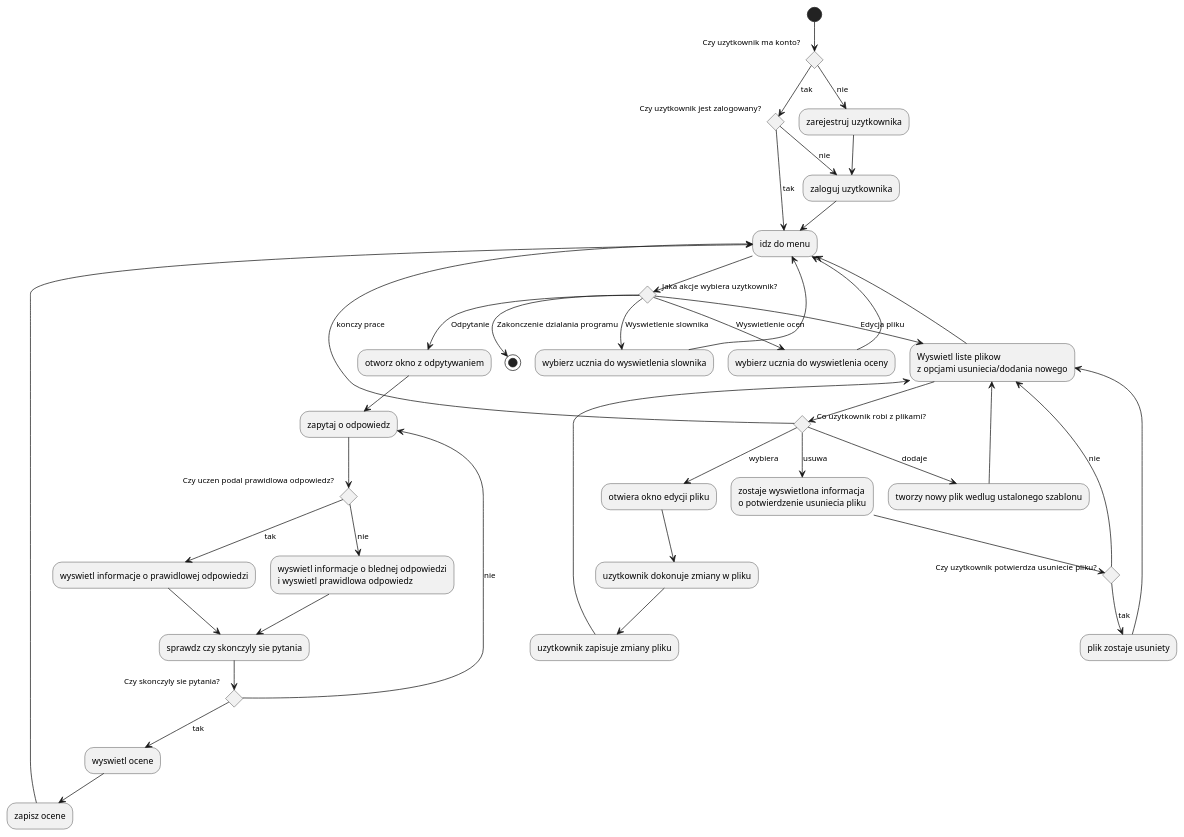
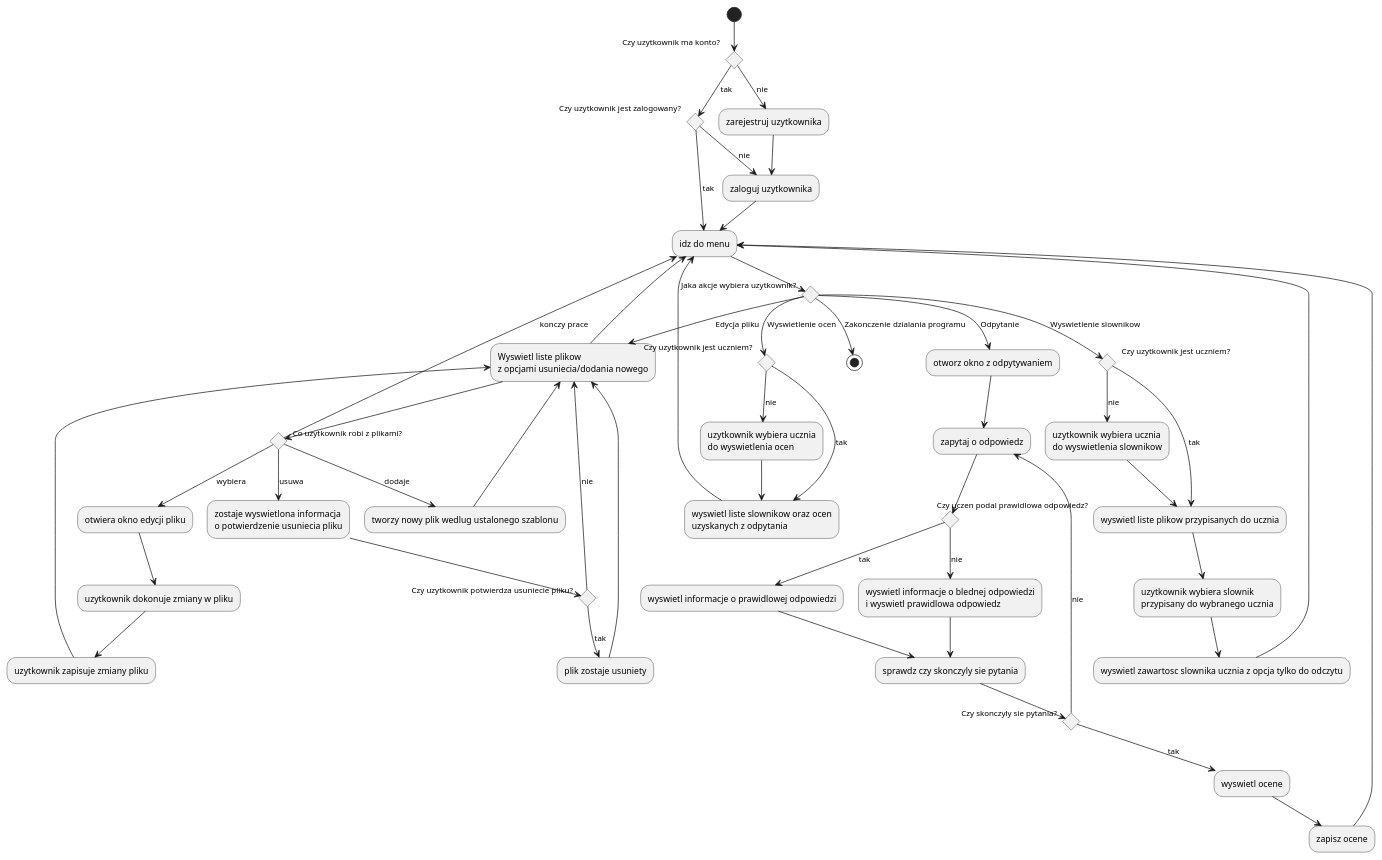
Before and after one commit to KrzychuK121/UMLZaliczeniProjekt: the diagram in diagramAktywnosci.plantuml, drawn with PlantUML.

Commit message:
Dokończenie operacji wyświetlania słowników oraz ocen. Skończony diagram aktywności

```diff
--- a/diagramAktywnosci.plantuml
+++ b/diagramAktywnosci.plantuml
@@ -1,64 +1,75 @@
 @startuml
 
 (*) --> if "Czy uzytkownik ma konto?" then 
         --> [tak] if "Czy uzytkownik jest zalogowany?" then
             --> [tak] "idz do menu"
         else
             --> [nie] "zaloguj uzytkownika"
         endif
     else 
         --> [nie] "zarejestruj uzytkownika"
         --> "zaloguj uzytkownika"
         --> "idz do menu"
     endif 
     "idz do menu" --> if "Jaka akcje wybiera uzytkownik?"
         --> [Odpytanie] "otworz okno z odpytywaniem"
         --> "zapytaj o odpowiedz"
         --> if "Czy uczen podal prawidlowa odpowiedz?" then
             --> [tak] "wyswietl informacje o prawidlowej odpowiedzi"
             --> "sprawdz czy skonczyly sie pytania"
         else
             --> [nie] "wyswietl informacje o blednej odpowiedzi\ni wyswietl prawidlowa odpowiedz"
             --> "sprawdz czy skonczyly sie pytania"
         endif
         --> if "Czy skonczyly sie pytania?" then
             --> [tak] "wyswietl ocene"
             -->  "zapisz ocene"
             --> "idz do menu"
         else
             --> [nie] "zapytaj o odpowiedz"
         endif
-
     else 
         --> [Edycja pliku] "Wyswietl liste plikow\nz opcjami usuniecia/dodania nowego" as wyswietlListePlikow
         --> if "Co uzytkownik robi z plikami?" then
             --> [konczy prace] "idz do menu"
         else
             --> [usuwa] "zostaje wyswietlona informacja\no potwierdzenie usuniecia pliku"
             --> if "Czy uzytkownik potwierdza usuniecie pliku?" then
                 --> [tak] "plik zostaje usuniety"
                 --> wyswietlListePlikow
             else
                 --> [nie] wyswietlListePlikow
             endif
         else
             --> [dodaje] "tworzy nowy plik wedlug ustalonego szablonu"
             --> wyswietlListePlikow
         else
             --> [wybiera] "otwiera okno edycji pliku"
             --> "uzytkownik dokonuje zmiany w pliku"
             --> "uzytkownik zapisuje zmiany pliku"
             --> wyswietlListePlikow
         endif
         --> "idz do menu"
     else 
-        --> [Wyswietlenie slownika] "wybierz ucznia do wyswietlenia slownika"
+        --> [Wyswietlenie slownikow] if "Czy uzytkownik jest uczniem?" then
+            --> [tak] "wyswietl liste plikow przypisanych do ucznia"
+        else
+            --> [nie] "uzytkownik wybiera ucznia\ndo wyswietlenia slownikow"
+        endif
+        --> "wyswietl liste plikow przypisanych do ucznia"
+        --> "uzytkownik wybiera slownik\nprzypisany do wybranego ucznia"
+        --> "wyswietl zawartosc slownika ucznia z opcja tylko do odczytu"
         --> "idz do menu"
     else
-        --> [Wyswietlenie ocen] "wybierz ucznia do wyswietlenia oceny"
+        --> [Wyswietlenie ocen] if "Czy uzytkownik jest uczniem?" then
+            --> [tak] "wyswietl liste slownikow oraz ocen\nuzyskanych z odpytania"
+        else
+            --> [nie] "uzytkownik wybiera ucznia\ndo wyswietlenia ocen"
+        endif
+        --> "wyswietl liste slownikow oraz ocen\nuzyskanych z odpytania"
         --> "idz do menu"
     else
         --> [Zakonczenie dzialania programu] (*)
     endif
 
 @enduml
```
